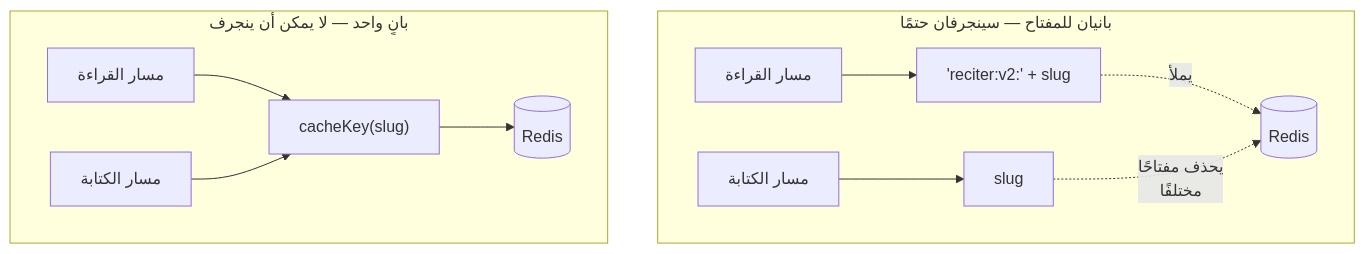
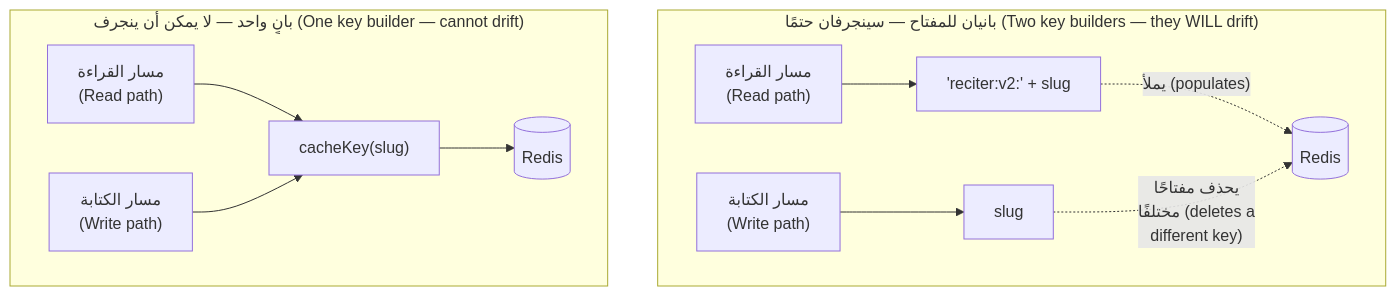
Before and after one commit to Tamoura/system-design-for-vibe-coders: the third of 5 diagrams in modules/03-caching/module.ar.md, drawn with Mermaid. The commit also changed other lines of this file and 62 other files, not shown here.

First line of the commit message:
Arabic editions: English on every diagram label, RTL fixes, rebuild

````diff
--- a/modules/03-caching/module.ar.md
+++ b/modules/03-caching/module.ar.md
@@ -211,14 +211,14 @@
 ```mermaid
 flowchart TD
-    subgraph Broken["بانيان للمفتاح — سينجرفان حتمًا"]
-        R1["مسار القراءة"] --> K1["'reciter:v2:' + slug"]
-        W1["مسار الكتابة"] --> K2["slug"]
-        K1 -.->|"يملأ"| Store1[("Redis")]
-        K2 -.->|"يحذف مفتاحًا<br/>مختلفًا"| Store1
+    subgraph Broken["بانيان للمفتاح — سينجرفان حتمًا (Two key builders — they WILL drift)"]
+        R1["مسار القراءة<br/>(Read path)"] --> K1["'reciter:v2:' + slug"]
+        W1["مسار الكتابة<br/>(Write path)"] --> K2["slug"]
+        K1 -.->|"يملأ (populates)"| Store1[("Redis")]
+        K2 -.->|"يحذف مفتاحًا<br/>مختلفًا (deletes a<br/>different key)"| Store1
     end
-    subgraph Fixed["بانٍ واحد — لا يمكن أن ينجرف"]
-        R2["مسار القراءة"] --> KF["cacheKey(slug)"]
-        W2["مسار الكتابة"] --> KF
+    subgraph Fixed["بانٍ واحد — لا يمكن أن ينجرف (One key builder — cannot drift)"]
+        R2["مسار القراءة<br/>(Read path)"] --> KF["cacheKey(slug)"]
+        W2["مسار الكتابة<br/>(Write path)"] --> KF
         KF --> Store2[("Redis")]
     end
 ```
````
